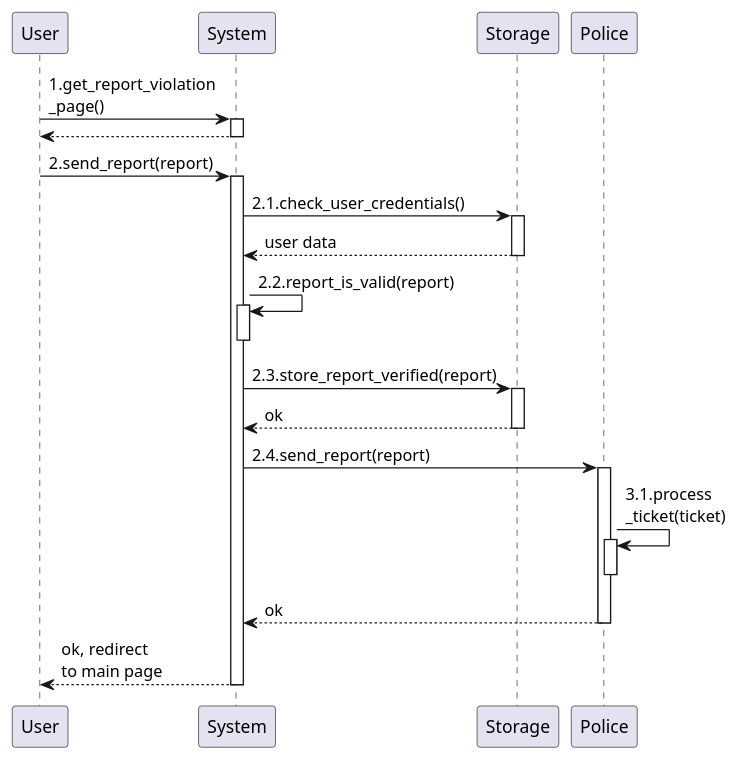
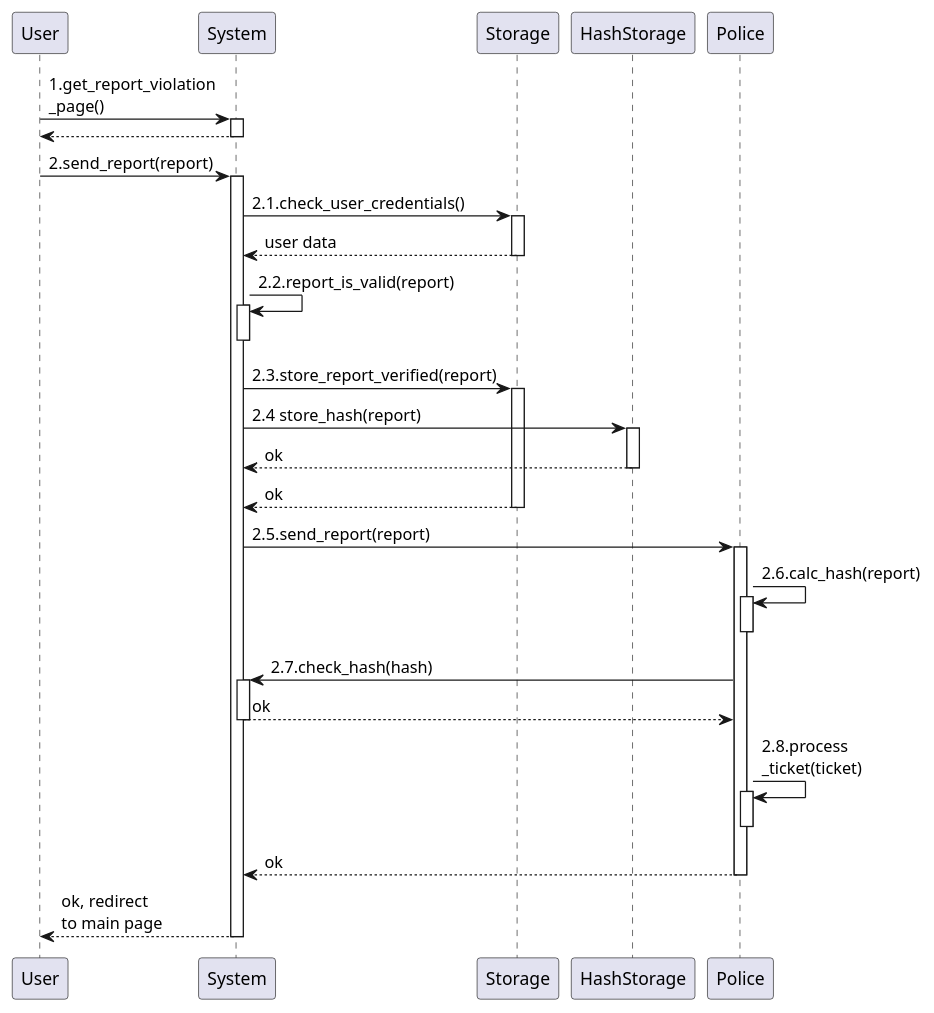
The fourth of 6 diagrams in RASD/materials/uml/useCases/reports.wsd (GiorgioUghini/SafeStreets), drawn with PlantUML before and after one commit. The commit also changed other lines of this file and 14 other files, not shown here.

```diff
--- a/RASD/materials/uml/useCases/reports.wsd
+++ b/RASD/materials/uml/useCases/reports.wsd
@@ -62,23 +62,30 @@
 @startuml automatic_traffic_ticket
     participant User as U
     participant System as S
     participant Storage as ST
+    participant HashStorage as H
     participant Police as P
 
     autoactivate on
 
     U -> S: 1.get_report_violation\n_page()
     return
     U -> S: 2.send_report(report)
     S -> ST: 2.1.check_user_credentials()
     return user data
     S -> S: 2.2.report_is_valid(report)
     deactivate S
     S -> ST: 2.3.store_report_verified(report)
+    S -> H : 2.4 store_hash(report)
     return ok
-    S -> P: 2.4.send_report(report)
-    P -> P: 3.1.process\n_ticket(ticket)
+    return ok
+    S -> P: 2.5.send_report(report)
+    P -> P: 2.6.calc_hash(report)
+    deactivate P
+    P -> S : 2.7.check_hash(hash)
+    return ok
+    P -> P: 2.8.process\n_ticket(ticket)
     deactivate P
     return ok
     return ok, redirect\nto main page
 @enduml
```
